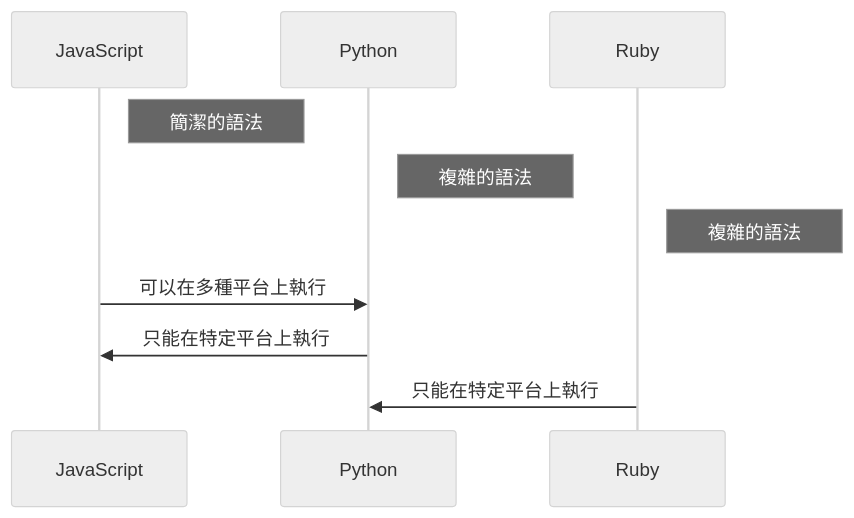
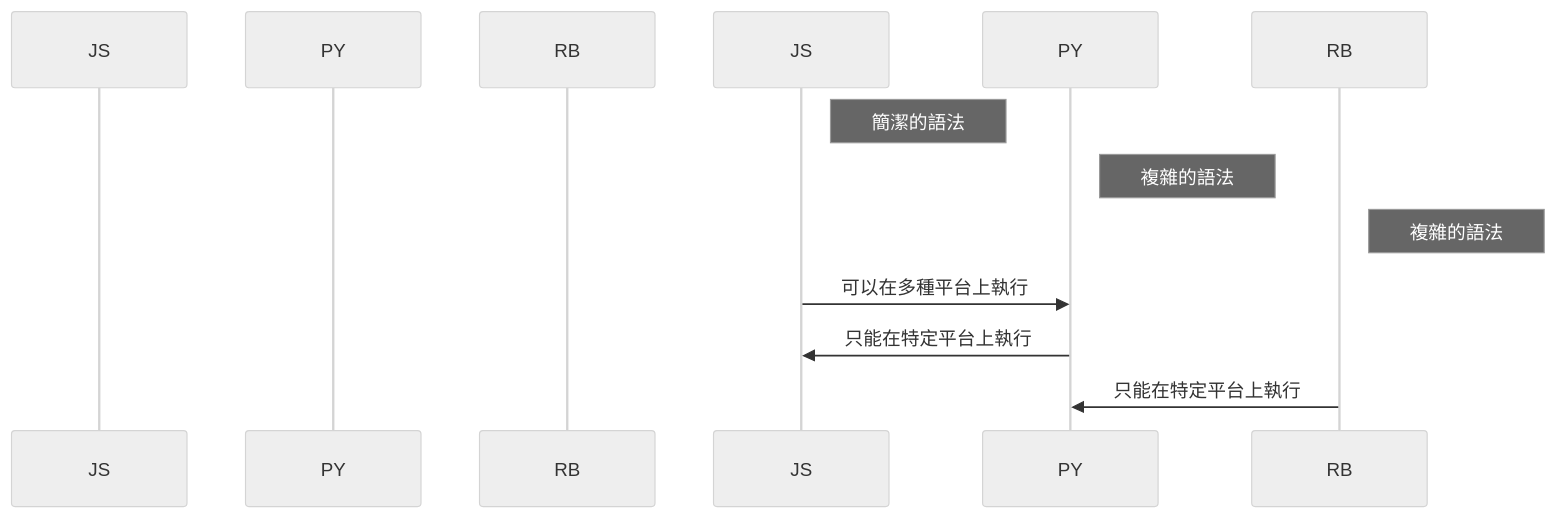
One commit to a920604a/engineernews changed the second of 2 diagrams in src/content/posts/tech/_2026-05-31-the-forgotten-developer-who-saved-javascript.md. Above: the diagram before and after it, drawn with Mermaid (neutral theme). The commit also changed 5 other files, not shown here.

Commit message:
fix: auto-fix mermaid syntax errors in posts

````diff
--- a/src/content/posts/tech/_2026-05-31-the-forgotten-developer-who-saved-javascript.md
+++ b/src/content/posts/tech/_2026-05-31-the-forgotten-developer-who-saved-javascript.md
@@ -47,12 +47,12 @@
 ```mermaid
 sequenceDiagram
-    participant JavaScript
-    participant Python
-    participant Ruby
-    Note right of JavaScript: 簡潔的語法
-    Note right of Python: 複雜的語法
-    Note right of Ruby: 複雜的語法
-    JavaScript->>Python: 可以在多種平台上執行
-    Python->>JavaScript: 只能在特定平台上執行
-    Ruby->>Python: 只能在特定平台上執行
+    participant JavaScript as JS
+    participant Python as PY
+    participant Ruby as RB
+    Note right of JS: 簡潔的語法
+    Note right of PY: 複雜的語法
+    Note right of RB: 複雜的語法
+    JS->>PY: 可以在多種平台上執行
+    PY->>JS: 只能在特定平台上執行
+    RB->>PY: 只能在特定平台上執行
 ```
````
